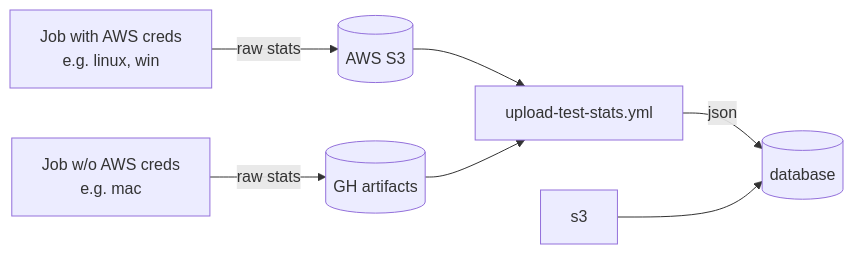
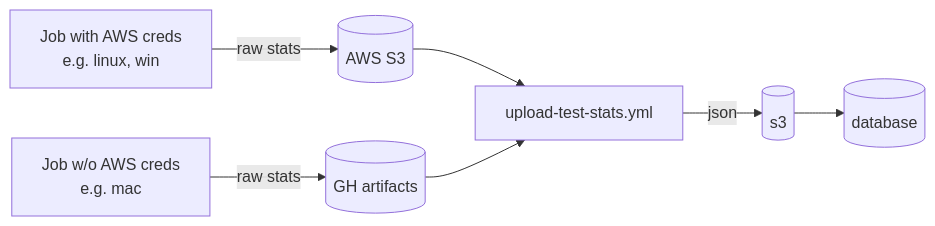
Before and after one commit to pytorch/pytorch: the diagram in tools/stats/README.md, drawn with Mermaid.

````diff
--- a/tools/stats/README.md
+++ b/tools/stats/README.md
@@ -13,11 +13,11 @@
 ```mermaid
 graph LR
     J1[Job with AWS creds<br>e.g. linux, win] --raw stats--> S3[(AWS S3)]
     J2[Job w/o AWS creds<br>e.g. mac] --raw stats--> GHA[(GH artifacts)]
 
     S3 --> uts[upload-test-stats.yml]
     GHA --> uts
 
-    uts --json--> R[(s3)]
-    s3 --> R[(database)]
+    uts --json--> s3[(s3)]
+    s3 --> DB[(database)]
 ```
````
